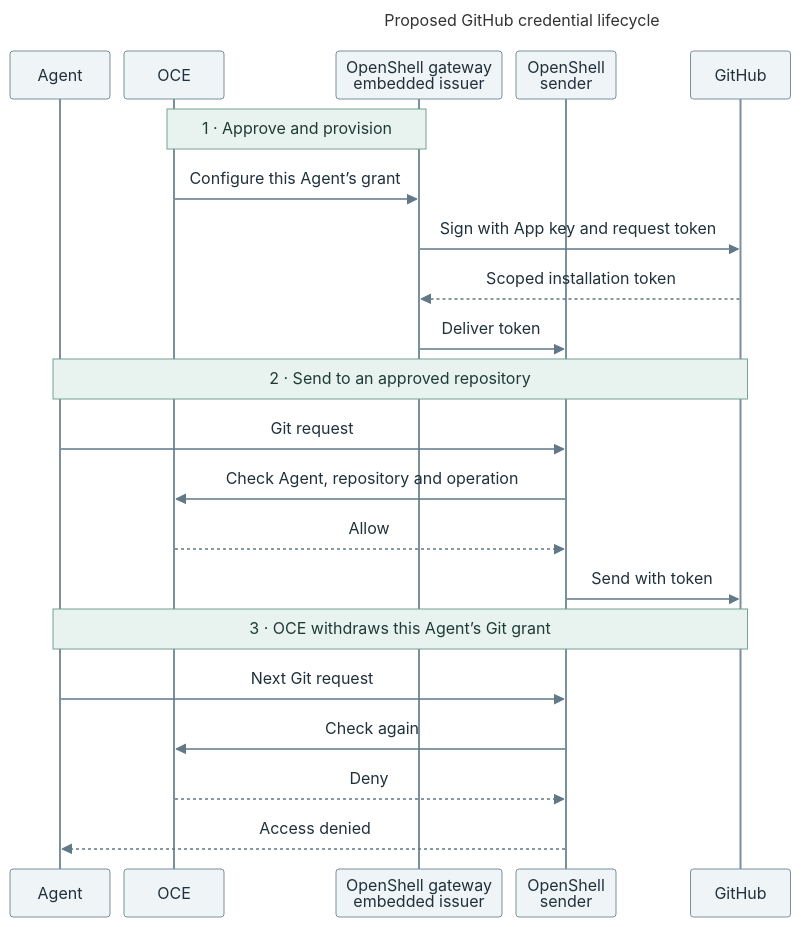
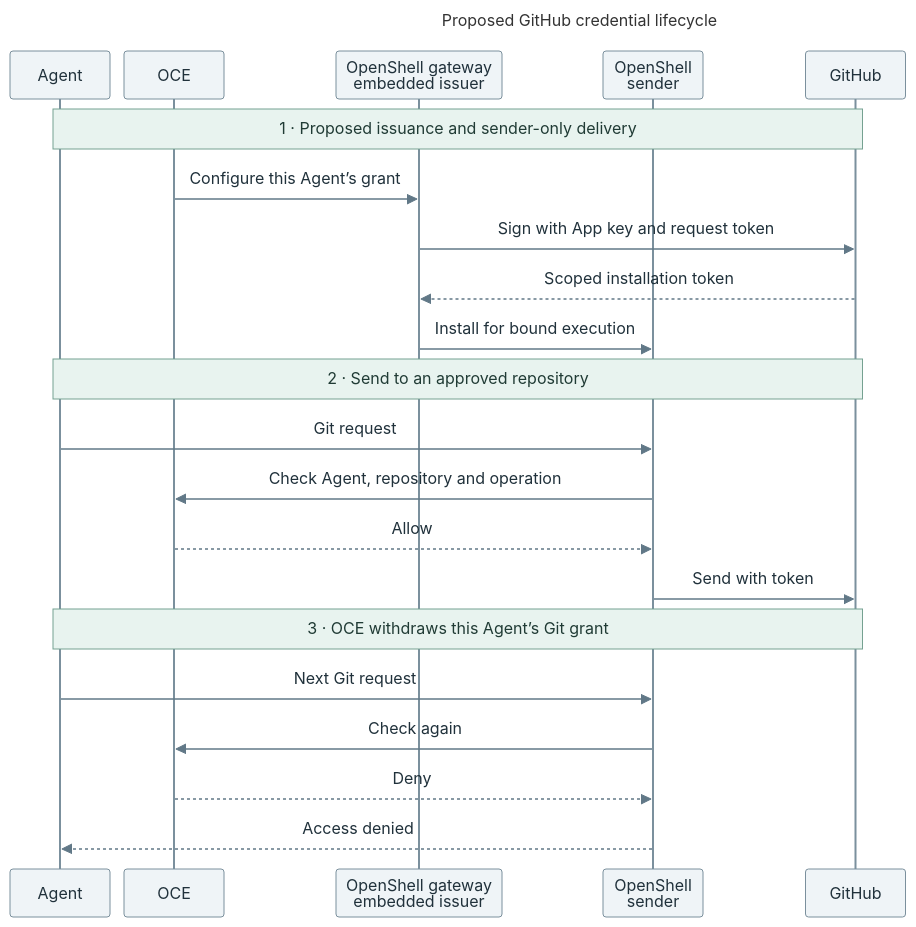
The diagram in specs/rfcs/0030-github-app-credential-issuer/request-lifecycle.mmd (openclaw/openclaw-enterprise), drawn with Mermaid before and after one commit. The commit also changed 3 other files, not shown here.

```diff
--- a/specs/rfcs/0030-github-app-credential-issuer/request-lifecycle.mmd
+++ b/specs/rfcs/0030-github-app-credential-issuer/request-lifecycle.mmd
@@ -1,46 +1,46 @@
 ---
 title: Proposed GitHub credential lifecycle
 config:
   theme: base
   themeVariables:
     fontFamily: "Arial, sans-serif"
     actorBkg: "#eff4f7"
     actorBorder: "#7b909d"
     actorTextColor: "#20313b"
     noteBkgColor: "#e8f3ef"
     noteBorderColor: "#75a191"
     noteTextColor: "#203b35"
     signalColor: "#617887"
     signalTextColor: "#20313b"
   sequence:
     useMaxWidth: false
     mirrorActors: true
     actorMargin: 14
     width: 100
     height: 48
     diagramMarginX: 8
     diagramMarginY: 10
     messageMargin: 22
     wrap: false
 ---
 sequenceDiagram
     participant A as Agent
     participant O as OCE
     participant G as OpenShell gateway<br/>embedded issuer
     participant S as OpenShell<br/>sender
     participant H as GitHub
-    Note over O,G: 1 · Approve and provision
+    Note over A,H: 1 · Proposed issuance and sender-only delivery
     O->>G: Configure this Agent’s grant
     G->>H: Sign with App key and request token
     H-->>G: Scoped installation token
-    G->>S: Deliver token
+    G->>S: Install for bound execution
     Note over A,H: 2 · Send to an approved repository
     A->>S: Git request
     S->>O: Check Agent, repository and operation
     O-->>S: Allow
     S->>H: Send with token
     Note over A,H: 3 · OCE withdraws this Agent’s Git grant
     A->>S: Next Git request
     S->>O: Check again
     O-->>S: Deny
     S-->>A: Access denied
```
